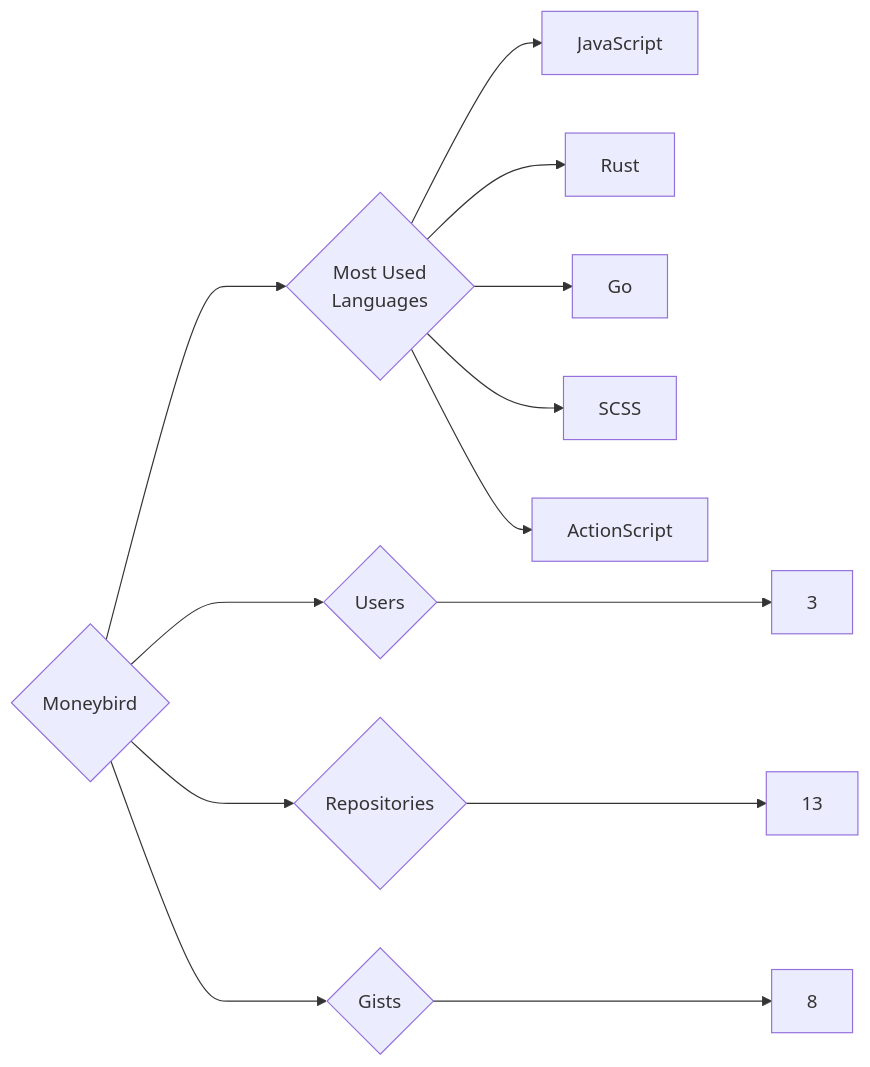
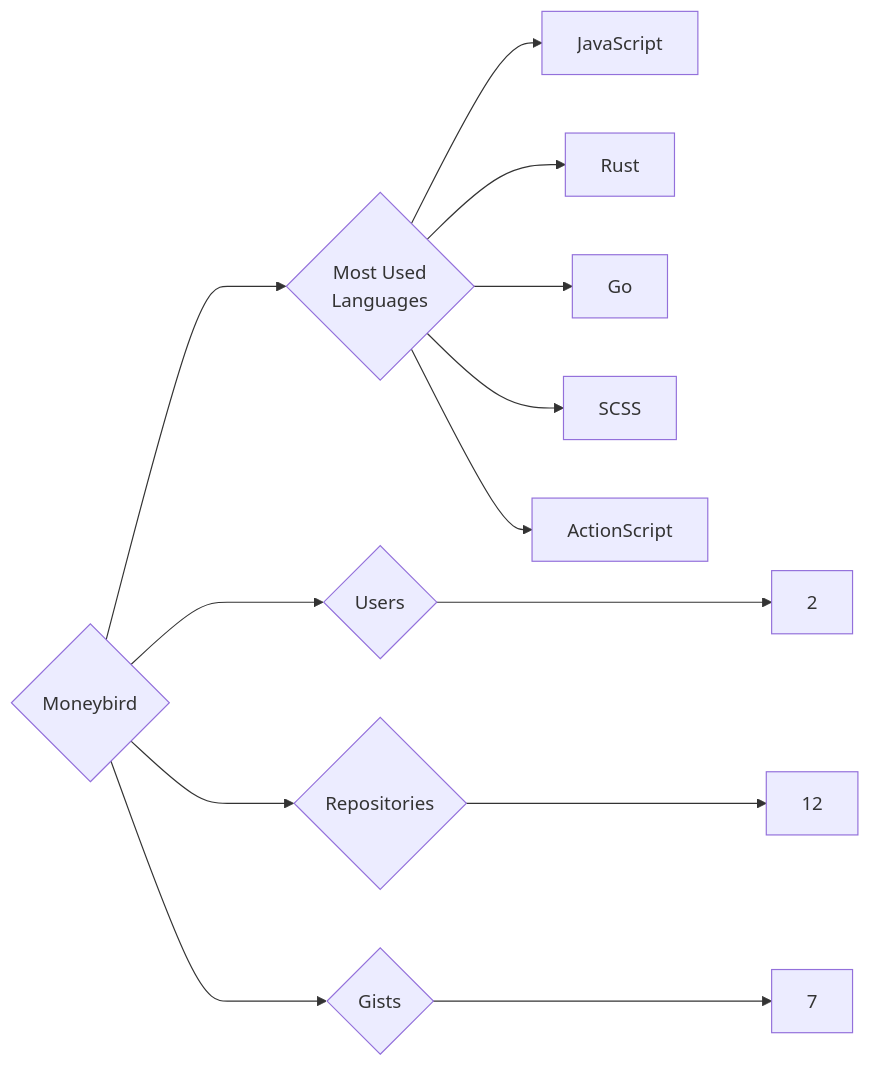
The diagram in targets/Moneybird/README.md (trickest/insiders), drawn with Mermaid before and after one commit. The commit also changed 1496 other files, not shown here.

````diff
--- a/targets/Moneybird/README.md
+++ b/targets/Moneybird/README.md
@@ -3,13 +3,13 @@
 ```mermaid
 graph LR
 COMPANY_NAME{Moneybird}
-COMPANY_NAME ---> U{Users} ---> UN[3]
-COMPANY_NAME ---> R{Repositories} ---> RN[13]
-COMPANY_NAME ---> G{Gists} ---> GN[8]
+COMPANY_NAME ---> U{Users} ---> UN[2]
+COMPANY_NAME ---> R{Repositories} ---> RN[12]
+COMPANY_NAME ---> G{Gists} ---> GN[7]
 COMPANY_NAME ---> ML{Most Used<br>Languages}
 ML --> JavaScript[JavaScript]
 ML --> Rust[Rust]
 ML --> Go[Go]
 ML --> SCSS[SCSS]
 ML --> ActionScript[ActionScript]
 ```
````
